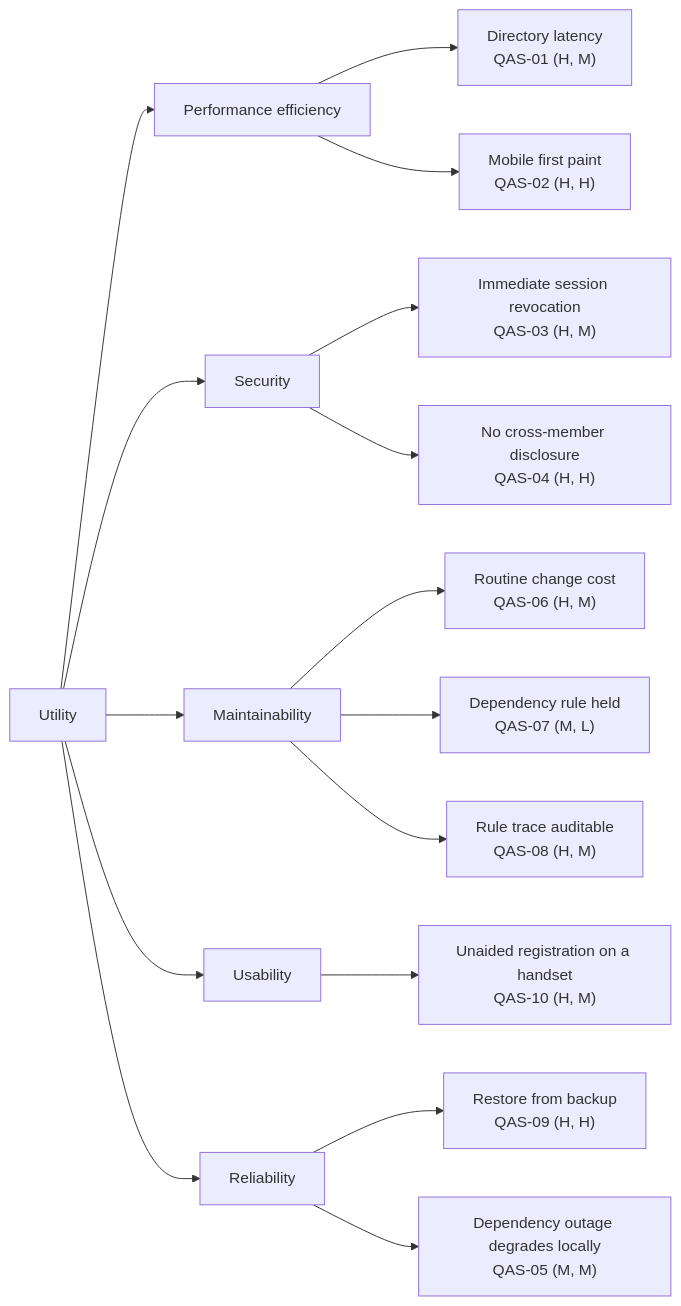
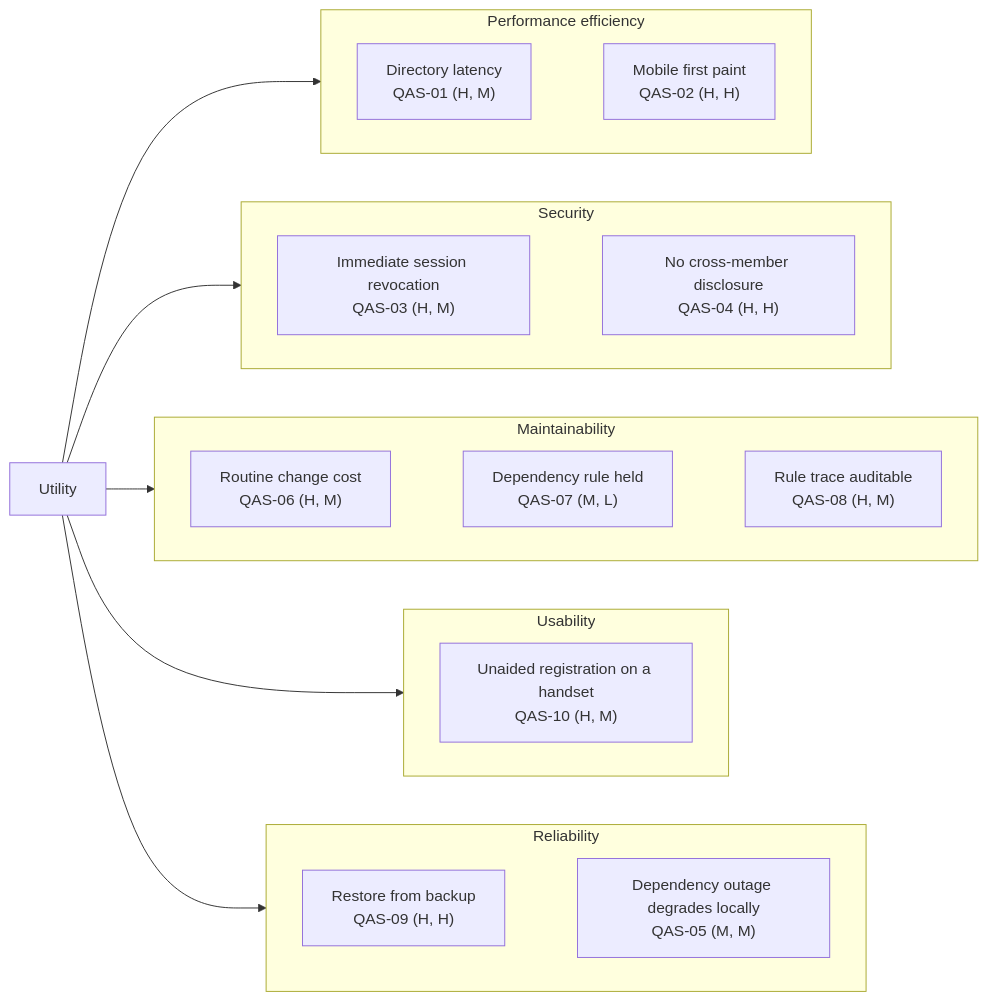
One commit to shalin-rahman/GHCAA changed the tenth of 12 diagrams in docs/book/03-requirements.md. Above: the diagram before and after it, drawn with Mermaid. The commit also changed other lines of this file and 42 other files, not shown here.

````diff
--- a/docs/book/03-requirements.md
+++ b/docs/book/03-requirements.md
@@ -999,20 +989,29 @@
 ```mermaid
 flowchart LR
     U[Utility]
-    U --> P[Performance efficiency]
-    U --> S[Security]
-    U --> M[Maintainability]
-    U --> Ur[Usability]
-    U --> R[Reliability]
-
-    P --> P1["Directory latency<br/>QAS-01 (H, M)"]
-    P --> P2["Mobile first paint<br/>QAS-02 (H, H)"]
-    S --> S1["Immediate session revocation<br/>QAS-03 (H, M)"]
-    S --> S2["No cross-member disclosure<br/>QAS-04 (H, H)"]
-    M --> M1["Routine change cost<br/>QAS-06 (H, M)"]
-    M --> M2["Dependency rule held<br/>QAS-07 (M, L)"]
-    M --> M3["Rule trace auditable<br/>QAS-08 (H, M)"]
-    Ur --> U1["Unaided registration on a handset<br/>QAS-10 (H, M)"]
-    R --> R1["Restore from backup<br/>QAS-09 (H, H)"]
-    R --> R2["Dependency outage degrades locally<br/>QAS-05 (M, M)"]
+    subgraph P["Performance efficiency"]
+      direction LR
+      P1["Directory latency<br/>QAS-01 (H, M)"] ~~~ P2["Mobile first paint<br/>QAS-02 (H, H)"]
+    end
+    subgraph S["Security"]
+      direction LR
+      S1["Immediate session revocation<br/>QAS-03 (H, M)"] ~~~ S2["No cross-member disclosure<br/>QAS-04 (H, H)"]
+    end
+    subgraph M["Maintainability"]
+      direction LR
+      M1["Routine change cost<br/>QAS-06 (H, M)"] ~~~ M2["Dependency rule held<br/>QAS-07 (M, L)"] ~~~ M3["Rule trace auditable<br/>QAS-08 (H, M)"]
+    end
+    subgraph Ur["Usability"]
+      direction LR
+      U1["Unaided registration on a handset<br/>QAS-10 (H, M)"]
+    end
+    subgraph R["Reliability"]
+      direction LR
+      R1["Restore from backup<br/>QAS-09 (H, H)"] ~~~ R2["Dependency outage degrades locally<br/>QAS-05 (M, M)"]
+    end
+    U --> P
+    U --> S
+    U --> M
+    U --> Ur
+    U --> R
 ```
````
